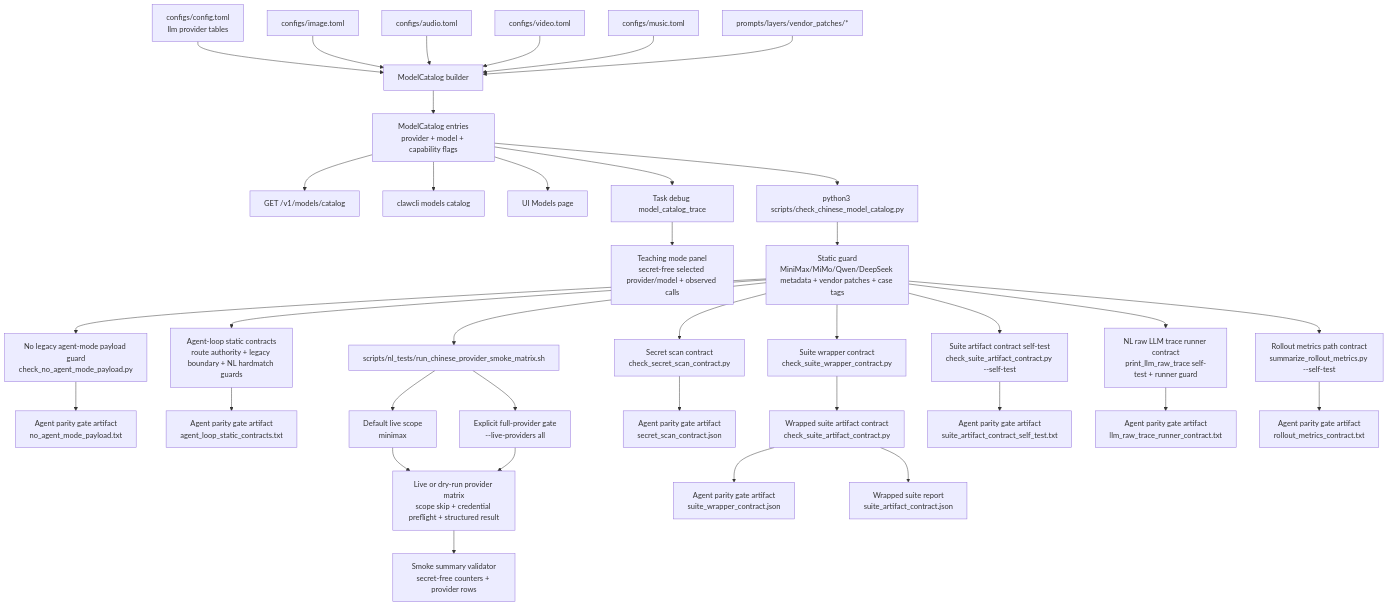
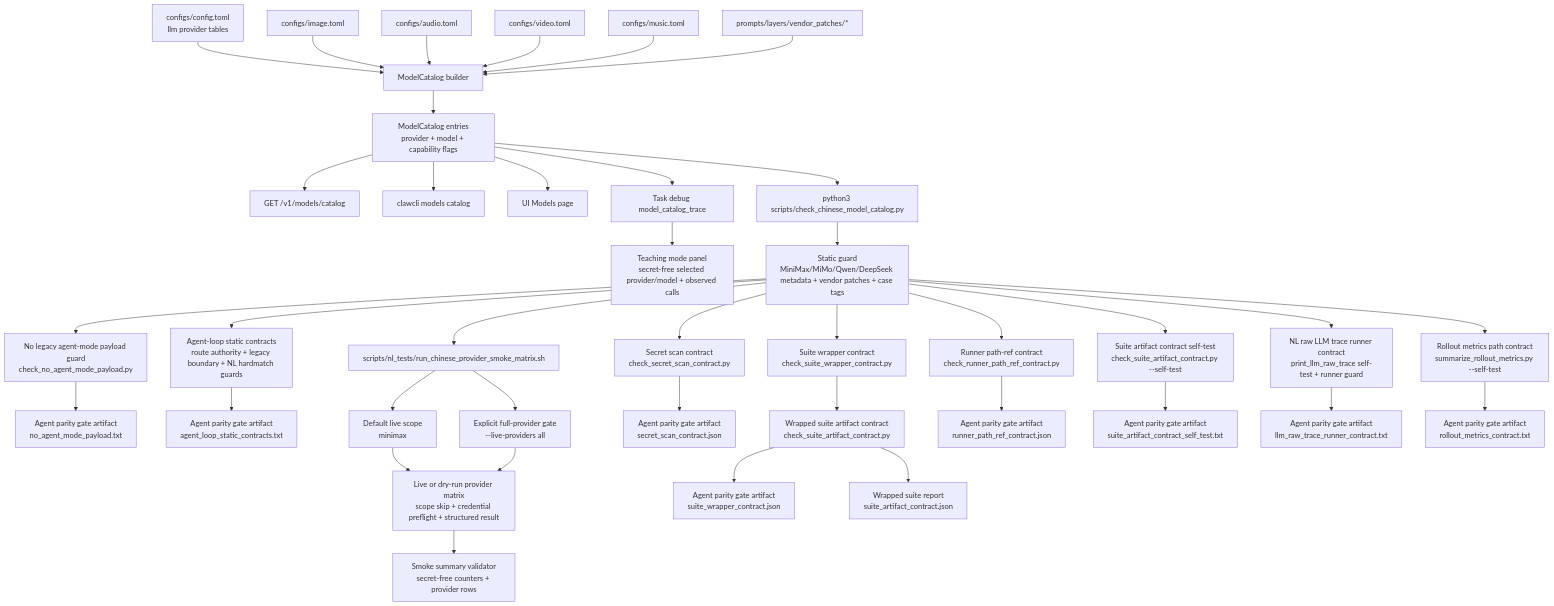
Diagram 16 of 16 in README.md (MatrixCoreX/RustClaw), drawn with Mermaid before and after one commit. The commit also changed other lines of this file and 12 other files, not shown here.

Commit message:
Guard runner path refs

````diff
--- a/README.md
+++ b/README.md
@@ -744,39 +744,41 @@
 ```mermaid
 flowchart TD
     A[configs/config.toml<br/>llm provider tables] --> B[ModelCatalog builder]
     C[configs/image.toml] --> B
     D[configs/audio.toml] --> B
     E[configs/video.toml] --> B
     F[configs/music.toml] --> B
     G[prompts/layers/vendor_patches/*] --> B
     B --> H[ModelCatalog entries<br/>provider + model + capability flags]
     H --> I[GET /v1/models/catalog]
     H --> J[clawcli models catalog]
     H --> K[UI Models page]
     H --> L[Task debug model_catalog_trace]
     L --> M[Teaching mode panel<br/>secret-free selected provider/model + observed calls]
     H --> N[python3 scripts/check_chinese_model_catalog.py]
     N --> O[Static guard<br/>MiniMax/MiMo/Qwen/DeepSeek metadata + vendor patches + case tags]
     O --> AM[No legacy agent-mode payload guard<br/>check_no_agent_mode_payload.py]
     AM --> AA[Agent parity gate artifact<br/>no_agent_mode_payload.txt]
     O --> ALS[Agent-loop static contracts<br/>route authority + legacy boundary + NL hardmatch guards]
     ALS --> ALA[Agent parity gate artifact<br/>agent_loop_static_contracts.txt]
     O --> SC[Secret scan contract<br/>check_secret_scan_contract.py]
     O --> P[scripts/nl_tests/run_chinese_provider_smoke_matrix.sh]
     P --> PS[Default live scope<br/>minimax]
     PS --> Q[Live or dry-run provider matrix<br/>scope skip + credential preflight + structured result]
     P --> R[Explicit full-provider gate<br/>--live-providers all]
     R --> Q
     Q --> SV[Smoke summary validator<br/>secret-free counters + provider rows]
     SC --> AP[Agent parity gate artifact<br/>secret_scan_contract.json]
     O --> SW[Suite wrapper contract<br/>check_suite_wrapper_contract.py]
     SW --> SAC[Wrapped suite artifact contract<br/>check_suite_artifact_contract.py]
     SAC --> AW[Agent parity gate artifact<br/>suite_wrapper_contract.json]
     SAC --> SAR[Wrapped suite report<br/>suite_artifact_contract.json]
+    O --> RPR[Runner path-ref contract<br/>check_runner_path_ref_contract.py]
+    RPR --> RPRA[Agent parity gate artifact<br/>runner_path_ref_contract.json]
     O --> SAST[Suite artifact contract self-test<br/>check_suite_artifact_contract.py --self-test]
     SAST --> SASTA[Agent parity gate artifact<br/>suite_artifact_contract_self_test.txt]
     O --> LT[NL raw LLM trace runner contract<br/>print_llm_raw_trace self-test + runner guard]
     LT --> AT[Agent parity gate artifact<br/>llm_raw_trace_runner_contract.txt]
     O --> RM[Rollout metrics path contract<br/>summarize_rollout_metrics.py --self-test]
     RM --> RMA[Agent parity gate artifact<br/>rollout_metrics_contract.txt]
 ```
````
